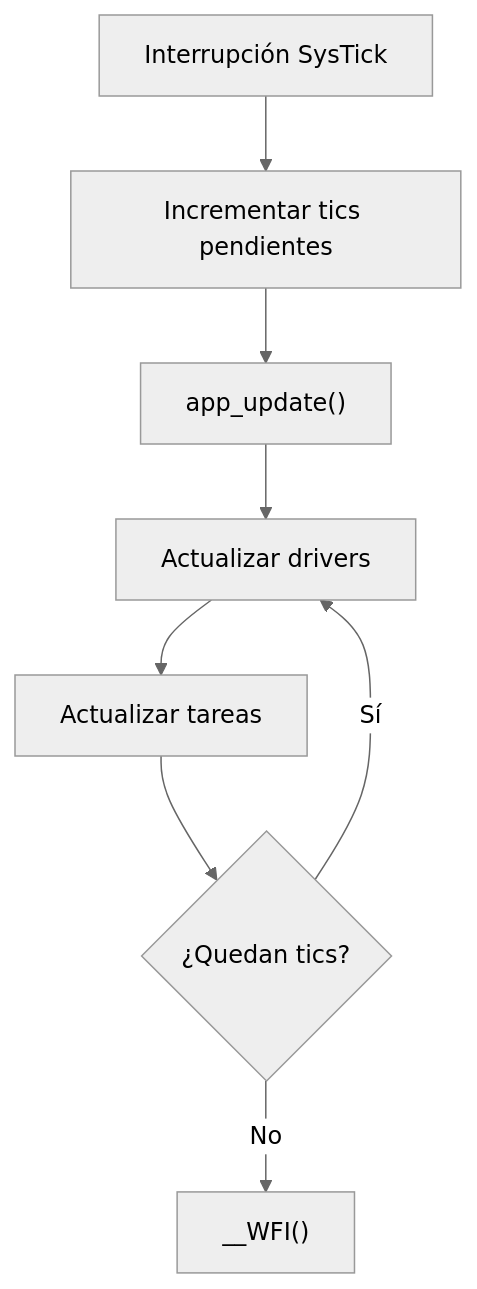
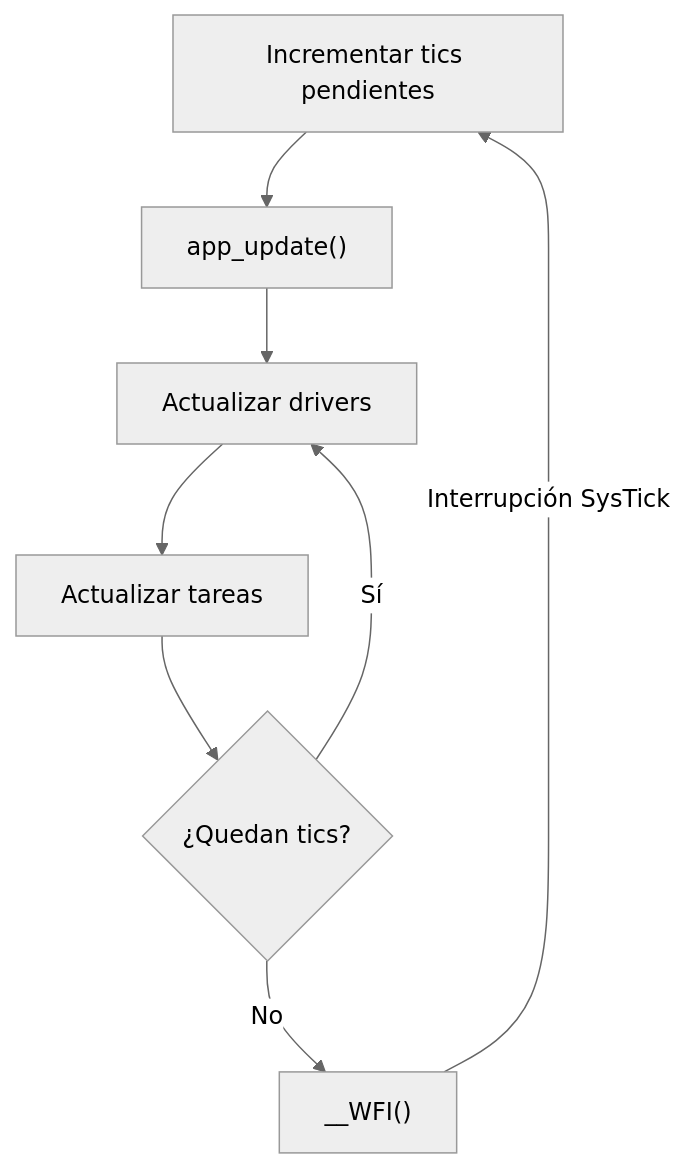
One commit to LautaroBonacorsi/tdse_tpf_auxiliar changed the third of 5 diagrams in tdse-tf_2026-1erC_1-02/Memoria_Video_Código.md. Above: the diagram before and after it, drawn with Mermaid (neutral theme). The commit also changed other lines of this file and 18 other files, not shown here.

````diff
--- a/tdse-tf_2026-1erC_1-02/Memoria_Video_Código.md
+++ b/tdse-tf_2026-1erC_1-02/Memoria_Video_Código.md
@@ -451,10 +481,10 @@
 ```mermaid
 flowchart TD
-    TICK["Interrupción SysTick"] --> COUNT["Incrementar tics pendientes"]
-    COUNT --> UPDATE["app_update()"]
+    COUNT["Incrementar tics pendientes"] --> UPDATE["app_update()"]
     UPDATE --> DRIVERS["Actualizar drivers"]
     DRIVERS --> TASKS["Actualizar tareas"]
     TASKS --> CHECK{"¿Quedan tics?"}
     CHECK -->|Sí| DRIVERS
     CHECK -->|No| WFI["__WFI()"]
+    WFI -->|"Interrupción SysTick"| COUNT
 ```
````
